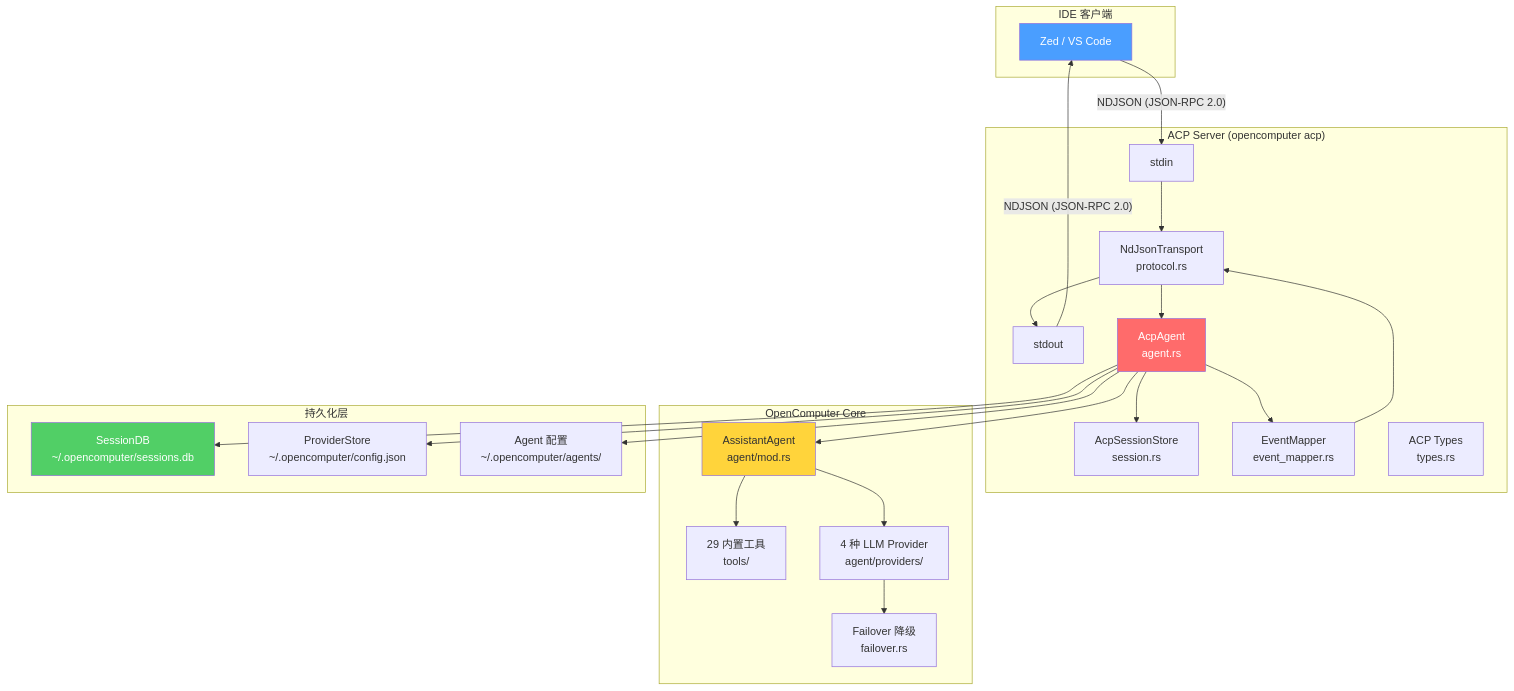
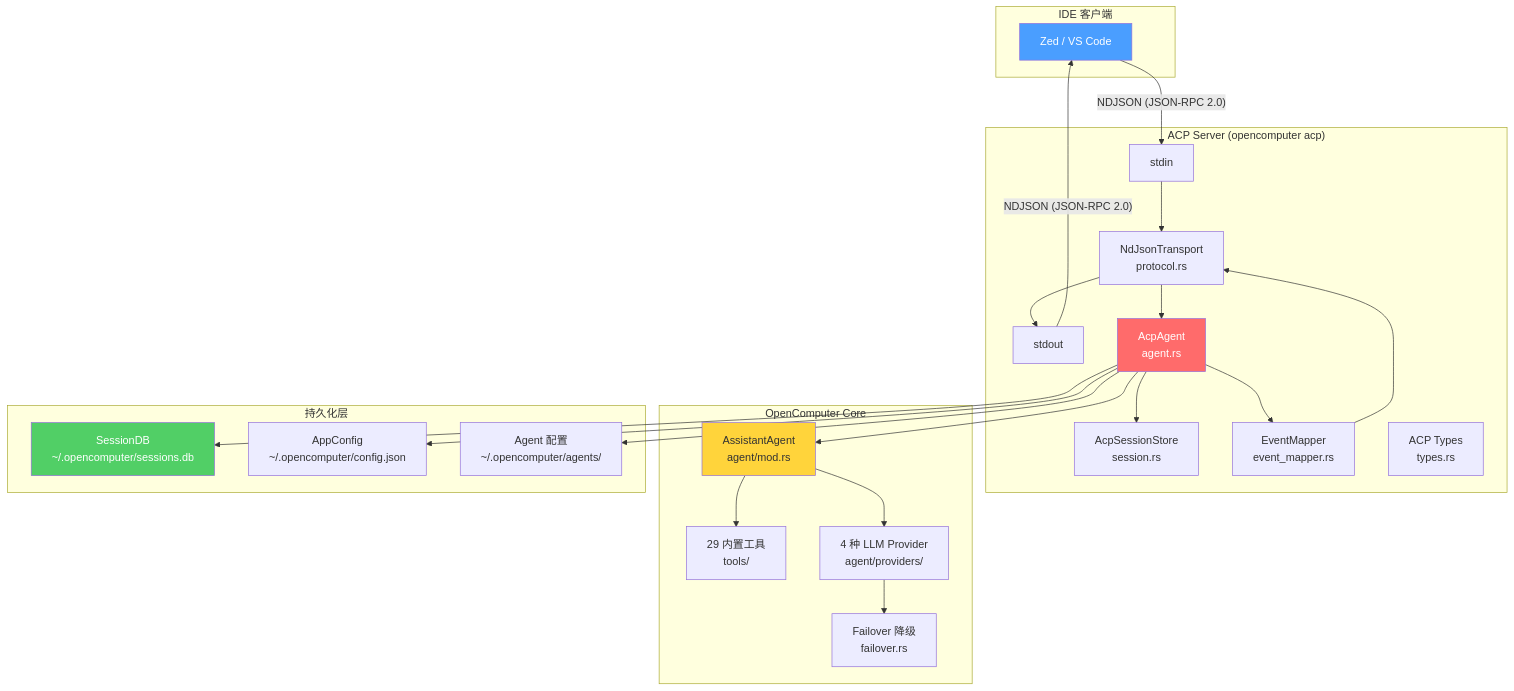
One commit to shiwenwen/hope-agent changed the first of 11 diagrams in docs/architecture/acp.md. Above: the diagram before and after it, drawn with Mermaid. The commit also changed 79 other files, not shown here.

First line of the commit message:
refactor: ProviderStore → AppConfig + 搬家到 crate::config

````diff
--- a/docs/architecture/acp.md
+++ b/docs/architecture/acp.md
@@ -38,52 +38,52 @@
 ```mermaid
 graph TB
     subgraph "IDE 客户端"
         ZED["Zed / VS Code"]
     end
 
     subgraph "ACP Server (opencomputer acp)"
         STDIN["stdin"]
         STDOUT["stdout"]
         TRANSPORT["NdJsonTransport<br/>protocol.rs"]
         AGENT["AcpAgent<br/>agent.rs"]
         SESSION_STORE["AcpSessionStore<br/>session.rs"]
         EVENT_MAP["EventMapper<br/>event_mapper.rs"]
         TYPES["ACP Types<br/>types.rs"]
     end
 
     subgraph "OpenComputer Core"
         ASSISTANT["AssistantAgent<br/>agent/mod.rs"]
         TOOLS["29 内置工具<br/>tools/"]
         PROVIDERS["4 种 LLM Provider<br/>agent/providers/"]
         FAILOVER["Failover 降级<br/>failover.rs"]
     end
 
     subgraph "持久化层"
         SESSION_DB["SessionDB<br/>~/.opencomputer/sessions.db"]
-        CONFIG["ProviderStore<br/>~/.opencomputer/config.json"]
+        CONFIG["AppConfig<br/>~/.opencomputer/config.json"]
         AGENTS_DIR["Agent 配置<br/>~/.opencomputer/agents/"]
     end
 
     ZED -- "NDJSON (JSON-RPC 2.0)" --> STDIN
     STDIN --> TRANSPORT
     TRANSPORT --> AGENT
     AGENT --> SESSION_STORE
     AGENT --> EVENT_MAP
     EVENT_MAP --> TRANSPORT
     TRANSPORT --> STDOUT
     STDOUT -- "NDJSON (JSON-RPC 2.0)" --> ZED
 
     AGENT --> ASSISTANT
     ASSISTANT --> TOOLS
     ASSISTANT --> PROVIDERS
     PROVIDERS --> FAILOVER
 
     AGENT --> SESSION_DB
     AGENT --> CONFIG
     AGENT --> AGENTS_DIR
 
     style ZED fill:#4a9eff,color:#fff
     style AGENT fill:#ff6b6b,color:#fff
     style SESSION_DB fill:#51cf66,color:#fff
     style ASSISTANT fill:#ffd43b,color:#333
 ```
````
